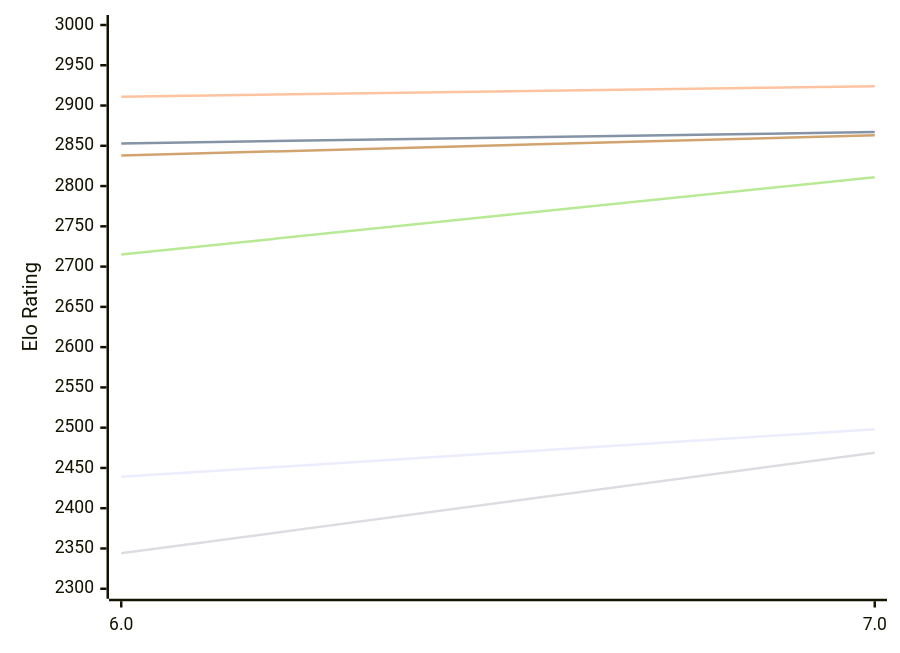
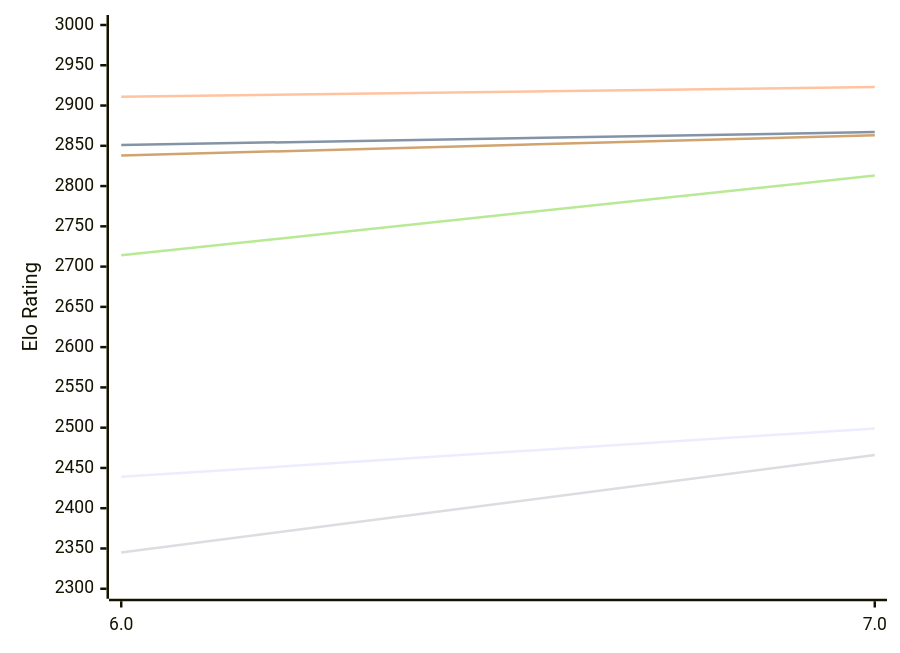
Before and after one commit to computer-chess-index/cci: the first of 2 diagrams in engines/tomitankChess.md, drawn with Mermaid. The commit also changed other lines of this file, not shown here.

Commit message:
Update CCI Ratings (ELO VLTC) - 2026-11-19

````diff
--- a/engines/tomitankChess.md
+++ b/engines/tomitankChess.md
@@ -51,12 +51,12 @@
 ```mermaid
 %%{init: {"theme":"base","themeVariables":{"seriesColors:['#a3a3a3','#222221','#faa371']}}}%%
 xychart-beta
   x-axis ["6.0", "7.0"]
   y-axis "Elo Rating" 2300 --> 3000
-  line "E1: STC (8.0+0.08s)" [2439, 2498]
-  line "E1: LTC (60.0+0.60s)" [2853, 2867]
-  line "E1: VLTC (2m24s+1.12s)" [2911, 2924]
-  line "P1: STC (8.0+0.08s)" [2344, 2469]
-  line "P1: LTC (60.0+0.60s)" [2715, 2811]
+  line "E1: STC (8.0+0.08s)" [2439, 2499]
+  line "E1: LTC (60.0+0.60s)" [2851, 2867]
+  line "E1: VLTC (2m24s+1.12s)" [2911, 2923]
+  line "P1: STC (8.0+0.08s)" [2345, 2466]
+  line "P1: LTC (60.0+0.60s)" [2714, 2813]
   line "P1: VLTC (2m24s+1.12s)" [2838, 2863]
 ```
````
